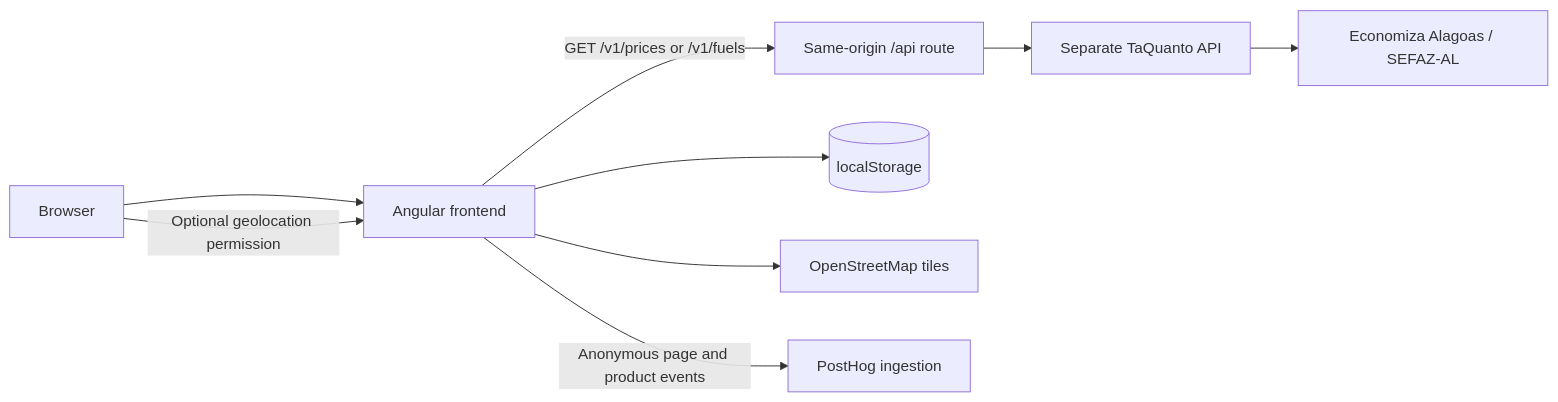
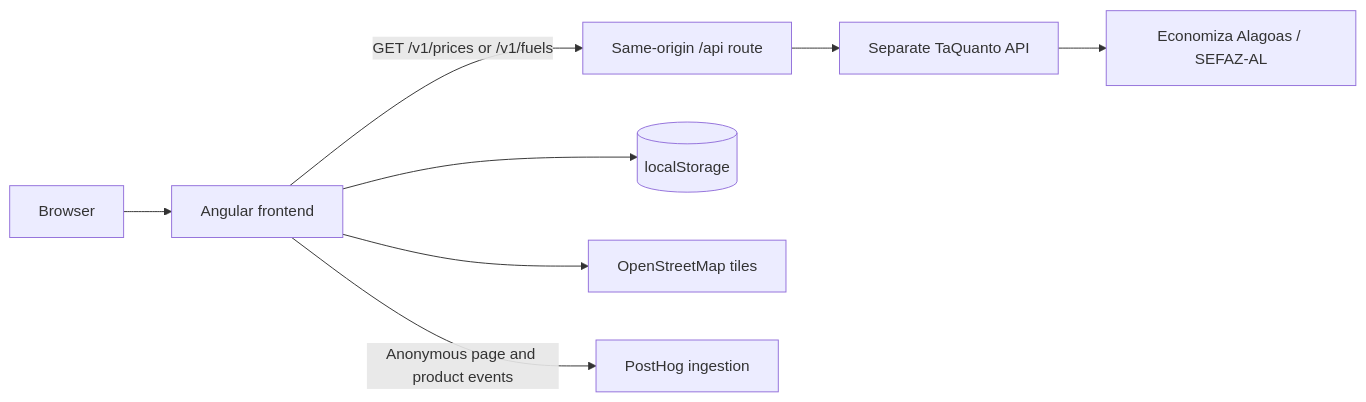
Before and after one commit to williamroberttv/taquanto: the diagram in README.md, drawn with Mermaid. The commit also changed other lines of this file and 19 other files, not shown here.

````diff
--- a/README.md
+++ b/README.md
@@ -83,11 +83,10 @@
 ```mermaid
 flowchart LR
     Visitor[Browser] --> App[Angular frontend]
     App -->|GET /v1/prices or /v1/fuels| Gateway[Same-origin /api route]
     Gateway --> API[Separate TaQuanto API]
     API --> Source[Economiza Alagoas / SEFAZ-AL]
     App --> Storage[(localStorage)]
-    Visitor -->|Optional geolocation permission| App
     App --> OSM[OpenStreetMap tiles]
     App -->|Anonymous page and product events| PostHog[PostHog ingestion]
 ```
````
